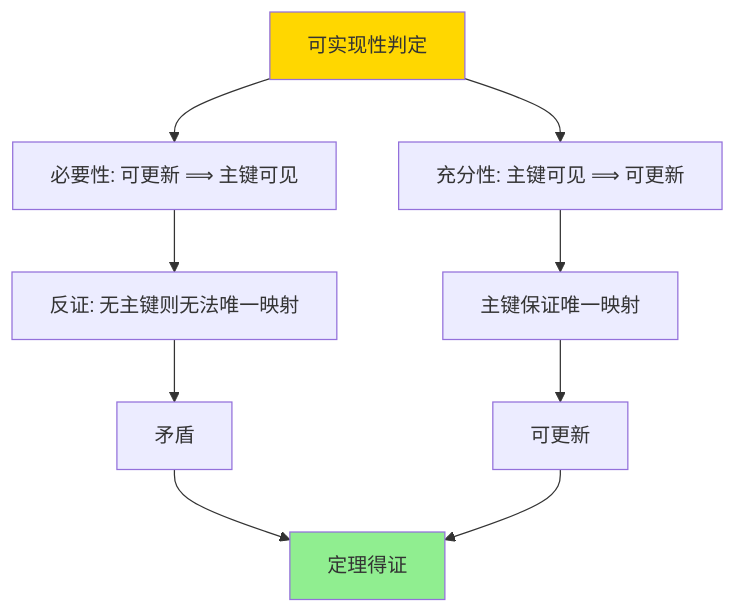
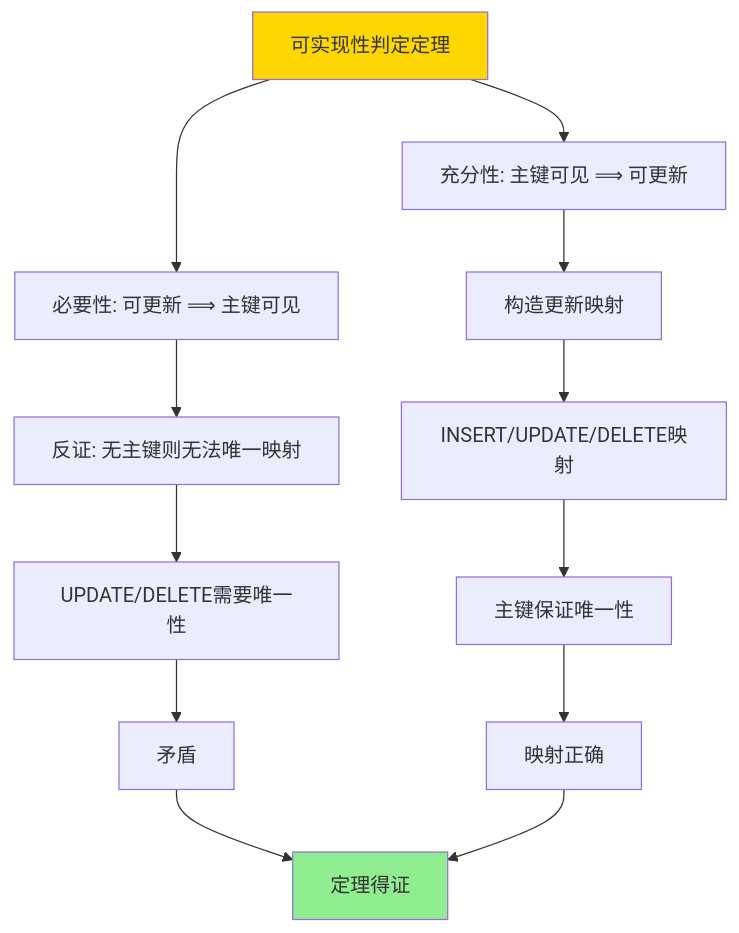
Before and after one commit to AdaMartin18010/PostgreSQL_modern: the fourth of 5 diagrams in PostgreSQL/10-理论基础/08-查询语言与语义/08.07-视图更新与可实现性-必要条件与构造.md, drawn with Mermaid. The commit also changed other lines of this file and 80 other files, not shown here.

````diff
--- a/PostgreSQL/10-理论基础/08-查询语言与语义/08.07-视图更新与可实现性-必要条件与构造.md
+++ b/PostgreSQL/10-理论基础/08-查询语言与语义/08.07-视图更新与可实现性-必要条件与构造.md
@@ -261,14 +346,17 @@
 ```mermaid
 graph TD
-    A[可实现性判定] --> B[必要性: 可更新 ⟹ 主键可见]
+    A[可实现性判定定理] --> B[必要性: 可更新 ⟹ 主键可见]
     A --> C[充分性: 主键可见 ⟹ 可更新]
     B --> D[反证: 无主键则无法唯一映射]
-    C --> E[主键保证唯一映射]
-    D --> F[矛盾]
-    E --> G[可更新]
-    F --> H[定理得证]
-    G --> H
+    D --> E[UPDATE/DELETE需要唯一性]
+    E --> F[矛盾]
+    C --> G[构造更新映射]
+    G --> H[INSERT/UPDATE/DELETE映射]
+    H --> I[主键保证唯一性]
+    I --> J[映射正确]
+    F --> K[定理得证]
+    J --> K
 
     style A fill:#FFD700
-    style H fill:#90EE90
+    style K fill:#90EE90
 ```
````
